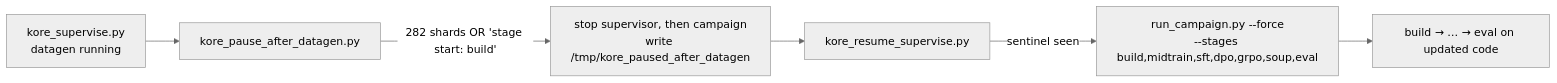
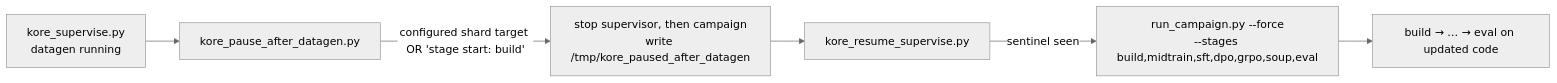
One commit to amd-shasriva/KORE changed the second of 2 diagrams in scripts/README.md. Above: the diagram before and after it, drawn with Mermaid (neutral theme). The commit also changed other lines of this file and 17 other files, not shown here.

````diff
--- a/scripts/README.md
+++ b/scripts/README.md
@@ -137,8 +137,8 @@
 ```mermaid
 flowchart LR
   SUP[kore_supervise.py<br/>datagen running] --> PAUSE[kore_pause_after_datagen.py]
-  PAUSE -->|"282 shards OR 'stage start: build'"| STOP["stop supervisor, then campaign<br/>write /tmp/kore_paused_after_datagen"]
+  PAUSE -->|"configured shard target OR 'stage start: build'"| STOP["stop supervisor, then campaign<br/>write /tmp/kore_paused_after_datagen"]
   STOP --> RES[kore_resume_supervise.py]
   RES -->|sentinel seen| RELAUNCH["run_campaign.py --force<br/>--stages build,midtrain,sft,dpo,grpo,soup,eval"]
   RELAUNCH --> EVAL[build → … → eval on updated code]
 ```
````
